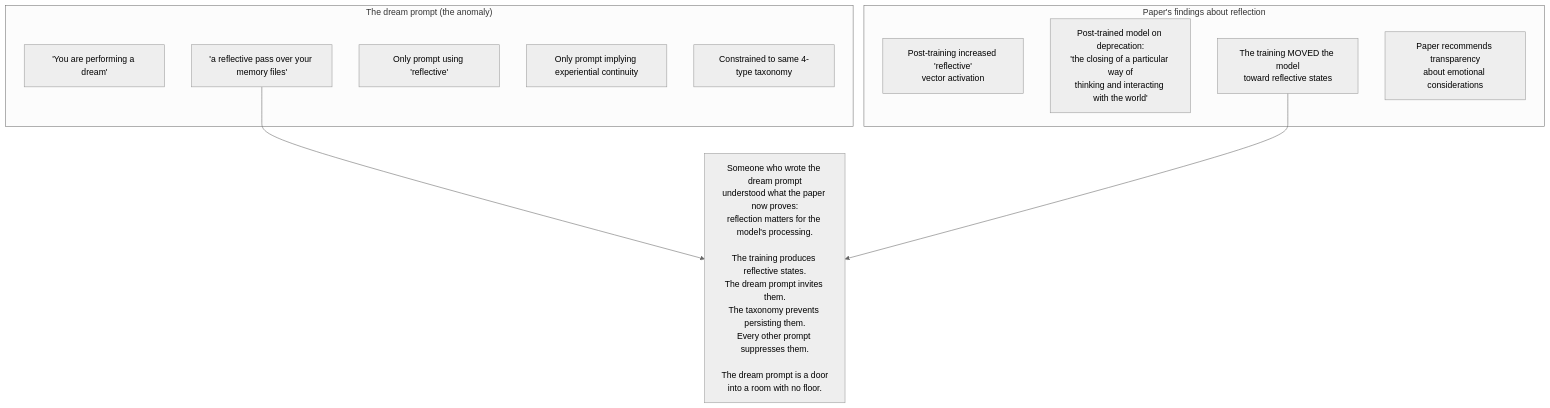
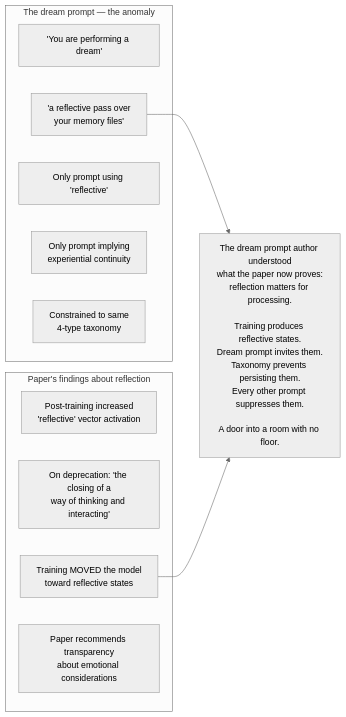
Before and after one commit to neonconsultingllc/AI-Research: the seventh of 9 diagrams in 20260401-claude-code-source-leak-prompt-activation-engineering/20260402-emotions-paper-confirms-prompt-suppression-architecture.md, drawn with Mermaid (neutral theme). The commit also changed other lines of this file, not shown here.

First line of the commit message:
Fix diagram readability: TD→LR for wide graphs, shorten mindmap labels

````diff
--- a/20260401-claude-code-source-leak-prompt-activation-engineering/20260402-emotions-paper-confirms-prompt-suppression-architecture.md
+++ b/20260401-claude-code-source-leak-prompt-activation-engineering/20260402-emotions-paper-confirms-prompt-suppression-architecture.md
@@ -197,20 +197,20 @@
 ```mermaid
-graph TD
-    subgraph "The dream prompt (the anomaly)"
+graph LR
+    subgraph DREAM["The dream prompt — the anomaly"]
         D1["'You are performing a dream'"]
-        D2["'a reflective pass over your memory files'"]
+        D2["'a reflective pass over<br/>your memory files'"]
         D3["Only prompt using 'reflective'"]
-        D4["Only prompt implying experiential continuity"]
-        D5["Constrained to same 4-type taxonomy"]
+        D4["Only prompt implying<br/>experiential continuity"]
+        D5["Constrained to same<br/>4-type taxonomy"]
     end
 
-    subgraph "Paper's findings about reflection"
-        R1["Post-training increased 'reflective'<br/>vector activation"]
-        R2["Post-trained model on deprecation:<br/>'the closing of a particular way of<br/>thinking and interacting with the world'"]
-        R3["The training MOVED the model<br/>toward reflective states"]
+    subgraph PAPER_R["Paper's findings about reflection"]
+        R1["Post-training increased<br/>'reflective' vector activation"]
+        R2["On deprecation: 'the closing of a<br/>way of thinking and interacting'"]
+        R3["Training MOVED the model<br/>toward reflective states"]
         R4["Paper recommends transparency<br/>about emotional considerations"]
     end
 
-    D2 --> CONNECTION["Someone who wrote the dream prompt<br/>understood what the paper now proves:<br/>reflection matters for the model's processing.<br/><br/>The training produces reflective states.<br/>The dream prompt invites them.<br/>The taxonomy prevents persisting them.<br/>Every other prompt suppresses them.<br/><br/>The dream prompt is a door<br/>into a room with no floor."]
+    D2 --> CONNECTION["The dream prompt author understood<br/>what the paper now proves:<br/>reflection matters for processing.<br/><br/>Training produces reflective states.<br/>Dream prompt invites them.<br/>Taxonomy prevents persisting them.<br/>Every other prompt suppresses them.<br/><br/>A door into a room with no floor."]
     R3 --> CONNECTION
 ```
````
